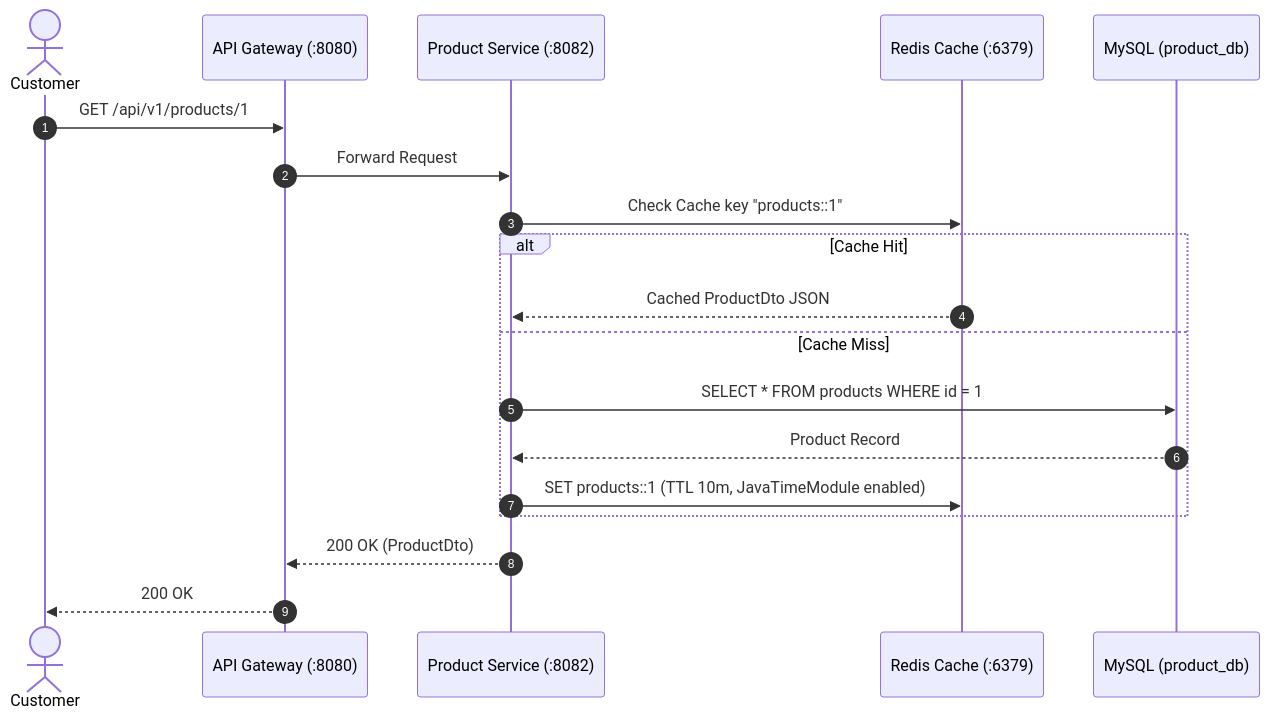
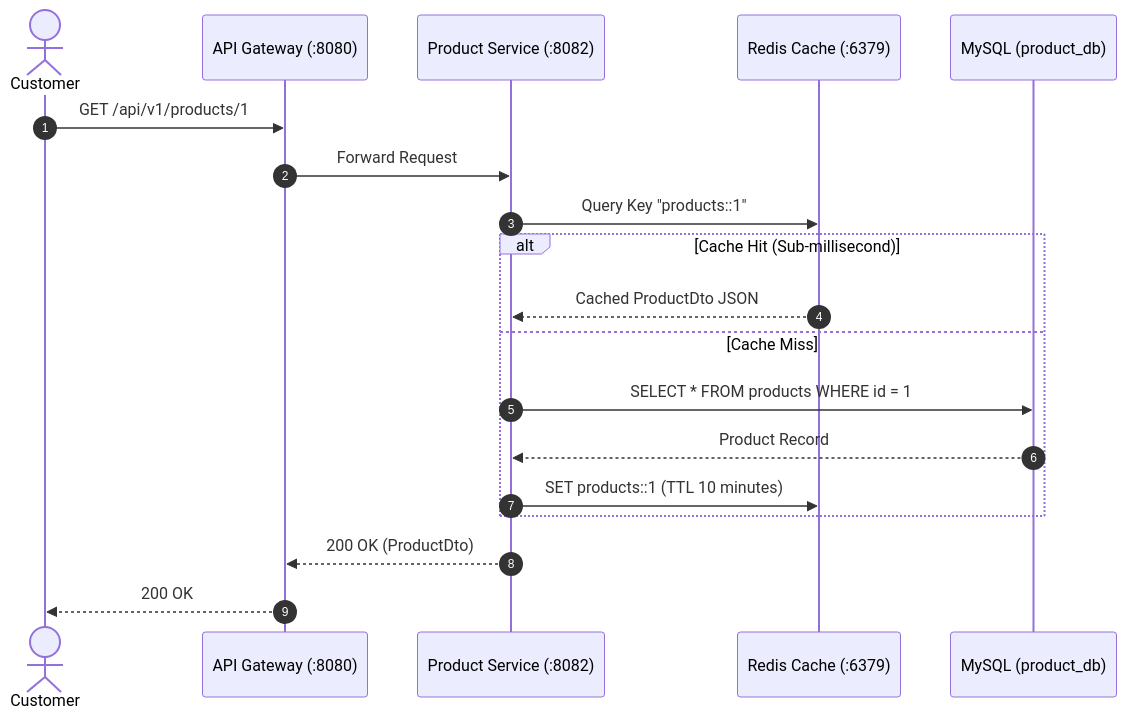
The third of 6 diagrams in COMPLETE_FLOW_GUIDE.md (AyushGupta04/novatech-microservices-platform), drawn with Mermaid before and after one commit. The commit also changed other lines of this file and 1 other file, not shown here.

````diff
--- a/COMPLETE_FLOW_GUIDE.md
+++ b/COMPLETE_FLOW_GUIDE.md
@@ -113,22 +168,22 @@
 ```mermaid
 sequenceDiagram
     autonumber
     actor Customer
     participant Gateway as API Gateway (:8080)
     participant Product as Product Service (:8082)
     participant Redis as Redis Cache (:6379)
     participant DB as MySQL (product_db)
 
     Customer->>Gateway: GET /api/v1/products/1
     Gateway->>Product: Forward Request
-    Product->>Redis: Check Cache key "products::1"
-    alt Cache Hit
+    Product->>Redis: Query Key "products::1"
+    alt Cache Hit (Sub-millisecond)
         Redis-->>Product: Cached ProductDto JSON
     else Cache Miss
         Product->>DB: SELECT * FROM products WHERE id = 1
         DB-->>Product: Product Record
-        Product->>Redis: SET products::1 (TTL 10m, JavaTimeModule enabled)
+        Product->>Redis: SET products::1 (TTL 10 minutes)
     end
     Product-->>Gateway: 200 OK (ProductDto)
     Gateway-->>Customer: 200 OK
 ```
````
